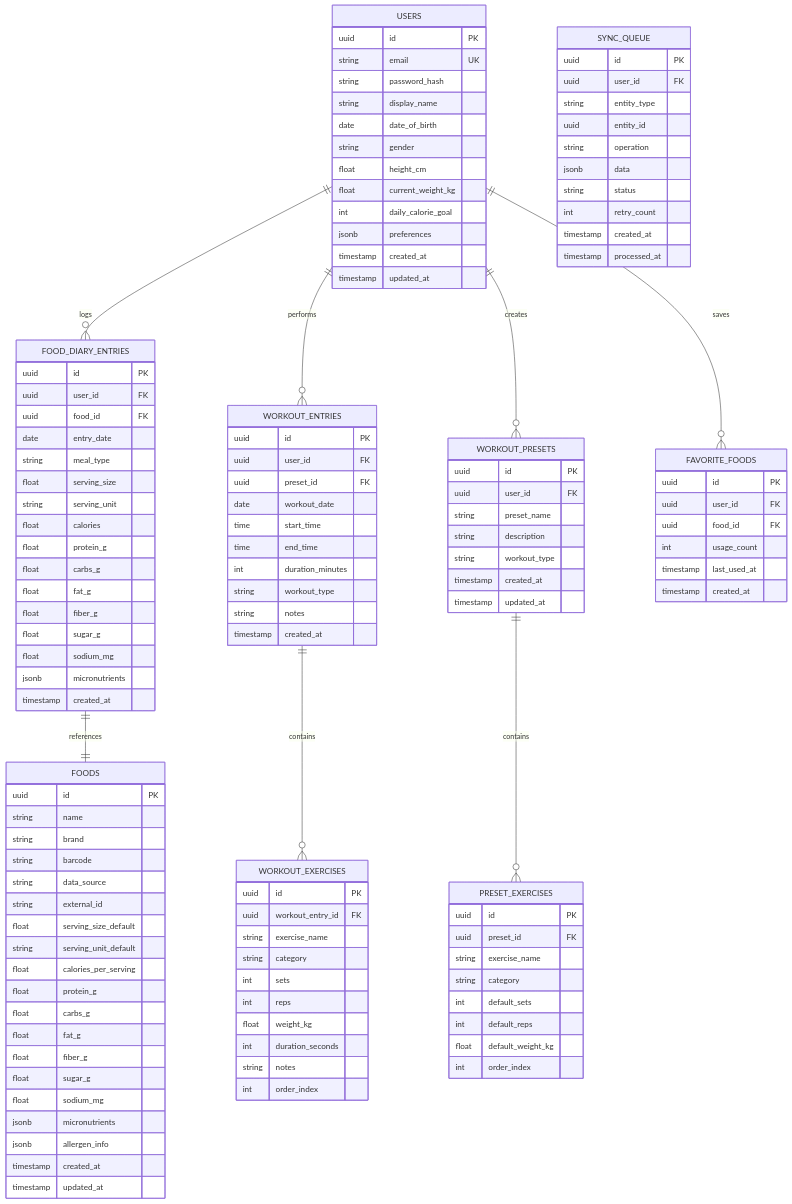
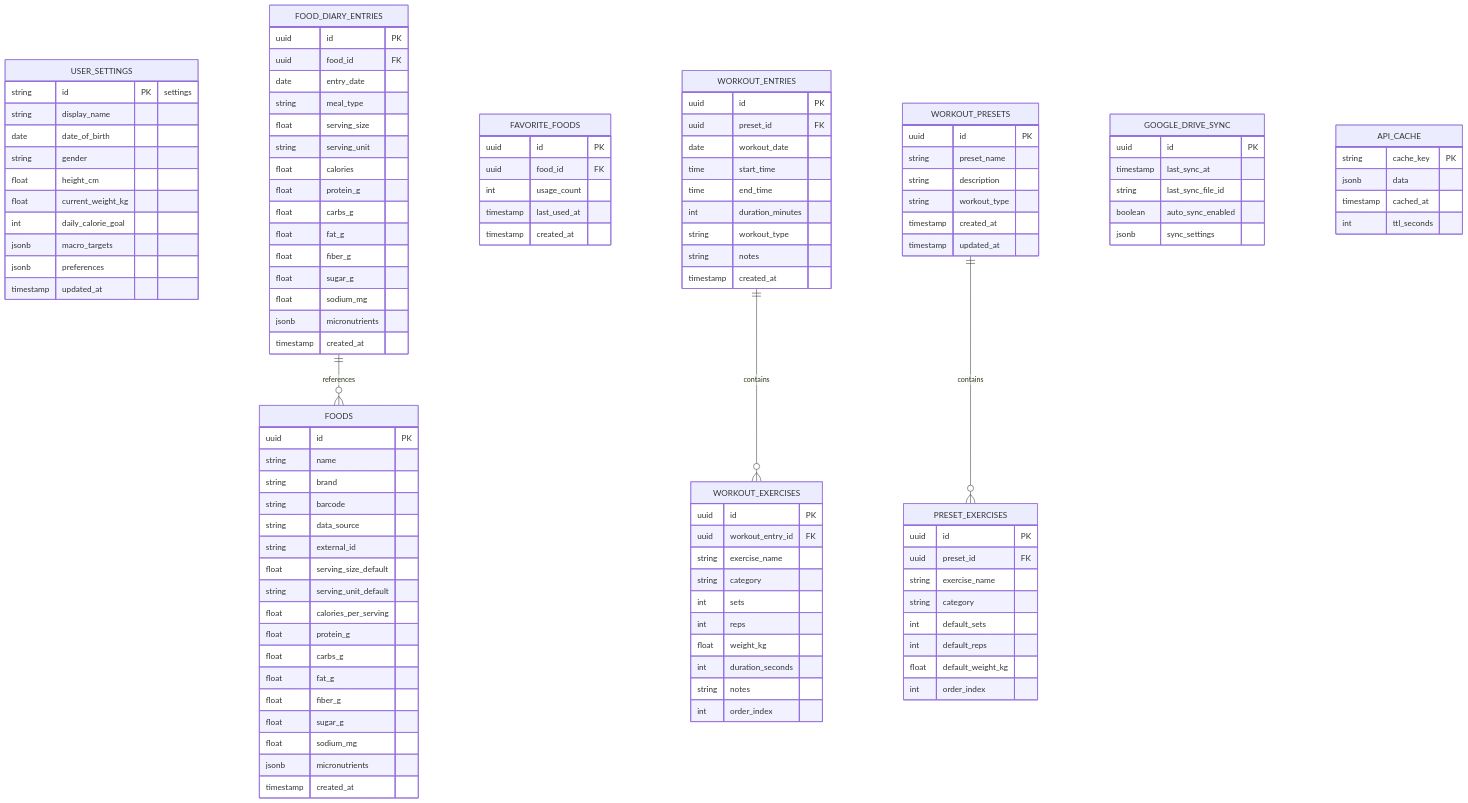
One commit to mydesignbuddy/Keyston changed the fourth of 9 diagrams in project/ARCHITECTURE.md. Above: the diagram before and after it, drawn with Mermaid. The commit also changed other lines of this file and 3 other files, not shown here.

Commit message:
Update architecture to privacy-first Ionic+React with no backend

````diff
--- a/project/ARCHITECTURE.md
+++ b/project/ARCHITECTURE.md
@@ -219,28 +219,21 @@
 ```mermaid
 erDiagram
-    USERS ||--o{ FOOD_DIARY_ENTRIES : logs
-    USERS ||--o{ WORKOUT_ENTRIES : performs
-    USERS ||--o{ WORKOUT_PRESETS : creates
-    USERS ||--o{ FAVORITE_FOODS : saves
-    USERS {
-        uuid id PK
-        string email UK
-        string password_hash
+    USER_SETTINGS {
+        string id PK "settings"
         string display_name
         date date_of_birth
         string gender
         float height_cm
         float current_weight_kg
         int daily_calorie_goal
+        jsonb macro_targets
         jsonb preferences
-        timestamp created_at
         timestamp updated_at
     }
     
-    FOOD_DIARY_ENTRIES ||--|| FOODS : references
+    FOOD_DIARY_ENTRIES ||--o{ FOODS : references
     FOOD_DIARY_ENTRIES {
         uuid id PK
-        uuid user_id FK
         uuid food_id FK
         date entry_date
         string meal_type
@@ -274,14 +267,11 @@
         float sugar_g
         float sodium_mg
         jsonb micronutrients
-        jsonb allergen_info
         timestamp created_at
-        timestamp updated_at
     }
     
     FAVORITE_FOODS {
         uuid id PK
-        uuid user_id FK
         uuid food_id FK
         int usage_count
         timestamp last_used_at
@@ -291,7 +281,6 @@
     WORKOUT_ENTRIES ||--o{ WORKOUT_EXERCISES : contains
     WORKOUT_ENTRIES {
         uuid id PK
-        uuid user_id FK
         uuid preset_id FK
         date workout_date
         time start_time
@@ -318,7 +307,6 @@
     WORKOUT_PRESETS ||--o{ PRESET_EXERCISES : contains
     WORKOUT_PRESETS {
         uuid id PK
-        uuid user_id FK
         string preset_name
         string description
         string workout_type
@@ -337,16 +325,18 @@
         int order_index
     }
     
-    SYNC_QUEUE {
+    GOOGLE_DRIVE_SYNC {
         uuid id PK
-        uuid user_id FK
-        string entity_type
-        uuid entity_id
-        string operation
+        timestamp last_sync_at
+        string last_sync_file_id
+        boolean auto_sync_enabled
+        jsonb sync_settings
+    }
+    
+    API_CACHE {
+        string cache_key PK
         jsonb data
-        string status
-        int retry_count
-        timestamp created_at
-        timestamp processed_at
+        timestamp cached_at
+        int ttl_seconds
     }
 ```
````
